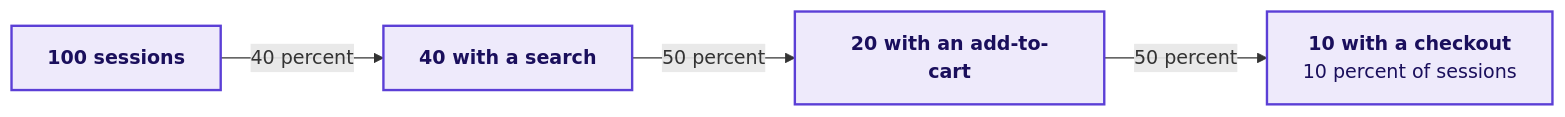
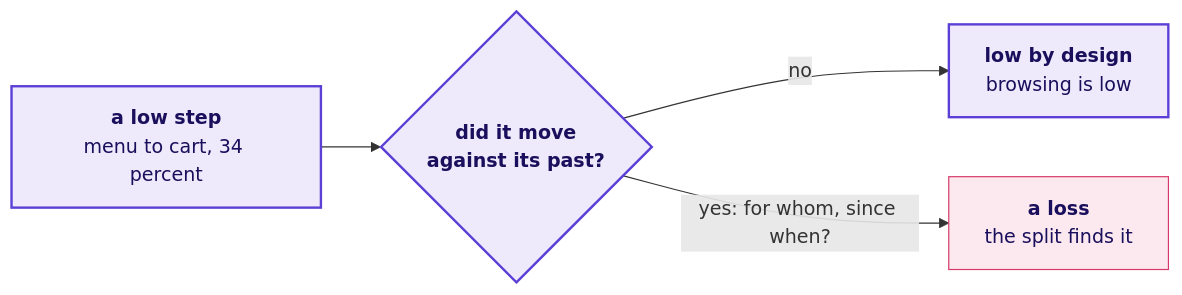
Diagram 12 of 13 in content/W04/D4/slides/C2_W04_D04_half1_STUDENT.md (fde-academy-lab/c2-content-factory), drawn with Mermaid before and after one commit. The commit also changed other lines of this file and 11 other files, not shown here.

````diff
--- a/content/W04/D4/slides/C2_W04_D04_half1_STUDENT.md
+++ b/content/W04/D4/slides/C2_W04_D04_half1_STUDENT.md
@@ -671,8 +1382,10 @@
 ```mermaid
 flowchart LR
-    V["<b>100 sessions</b>"] -->|"40 percent"| S["<b>40 with a search</b>"]
-    S -->|"50 percent"| A["<b>20 with an add-to-cart</b>"]
-    A -->|"50 percent"| C["<b>10 with a checkout</b><br/>10 percent of sessions"]
+    L["<b>a low step</b><br/>menu to cart, 34 percent"] --> Q{"<b>did it move<br/>against its past?</b>"}
+    Q -->|"no"| N["<b>low by design</b><br/>browsing is low"]
+    Q -->|"yes: for whom, since when?"| Y["<b>a loss</b><br/>the split finds it"]
     classDef known fill:#EEEAFB,stroke:#5B3FD6,color:#1A0F5C,stroke-width:2px
-    class V,S,A,C known
+    classDef bad fill:#FBE9EF,stroke:#D63A6A,color:#1A0F5C
+    class L,Q,N known
+    class Y bad
 ```
````
